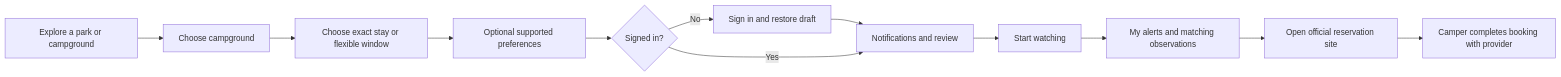
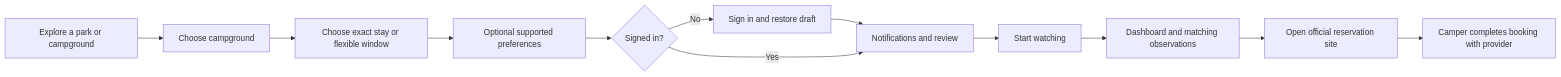
Before and after one commit to juftin/camply-web: the diagram in specs/002-campsite-discovery/plan.md, drawn with Mermaid. The commit also changed other lines of this file and 10 other files, not shown here.

````diff
--- a/specs/002-campsite-discovery/plan.md
+++ b/specs/002-campsite-discovery/plan.md
@@ -529,14 +539,14 @@
 ```mermaid
 flowchart LR
     A[Explore a park or campground] --> B[Choose campground]
     B --> C[Choose exact stay or flexible window]
     C --> D[Optional supported preferences]
     D --> E{Signed in?}
     E -- No --> F[Sign in and restore draft]
     F --> G[Notifications and review]
     E -- Yes --> G
     G --> H[Start watching]
-    H --> I[My alerts and matching observations]
+    H --> I[Dashboard and matching observations]
     I --> J[Open official reservation site]
     J --> K[Camper completes booking with provider]
 ```
````
